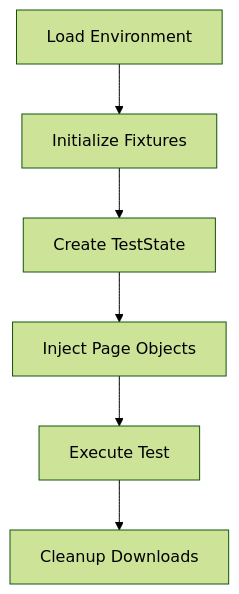
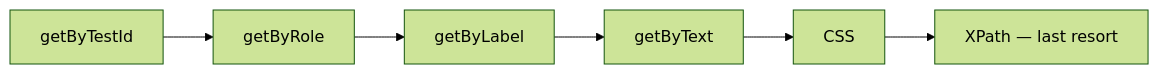
Before and after one commit to therealqualityengineer/playwrightframework: the fifth of 8 diagrams in .github/instructions/framework-design.instructions.md, drawn with Mermaid (forest theme). The commit also changed other lines of this file and 11 other files, not shown here.

````diff
--- a/.github/instructions/framework-design.instructions.md
+++ b/.github/instructions/framework-design.instructions.md
@@ -235,11 +126,4 @@
 ```mermaid
-flowchart TD
-    A[Load Environment]
-    B[Initialize Fixtures]
-    C[Create TestState]
-    D[Inject Page Objects]
-    E[Execute Test]
-    F[Cleanup Downloads]
-
-    A --> B --> C --> D --> E --> F
+flowchart LR
+    A[getByTestId] --> B[getByRole] --> C[getByLabel] --> D[getByText] --> E[CSS] --> F[XPath — last resort]
 ```
````
